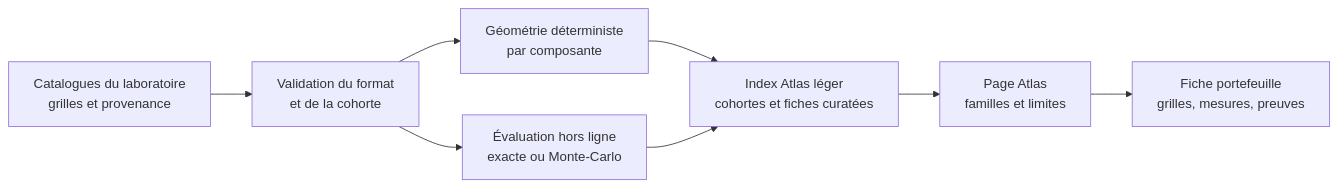
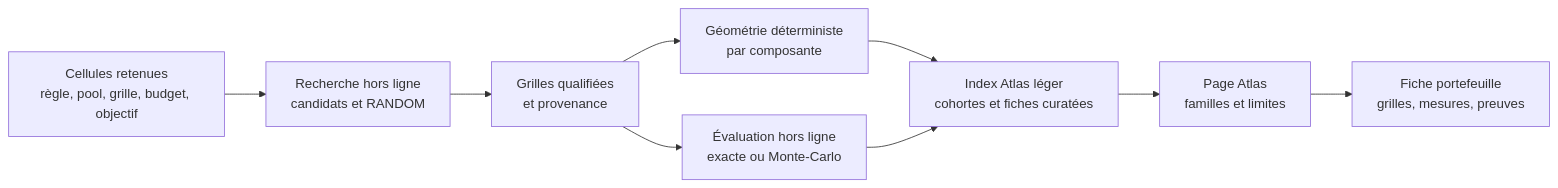
The diagram in docs/ATLAS-GEOMETRIES-ARCHITECTURE.md (christophecr-bit/aleaquant), drawn with Mermaid before and after one commit. The commit also changed other lines of this file and 5 other files, not shown here.

Commit message:
docs: precompute qualified portfolio designs by pool and budget

````diff
--- a/docs/ATLAS-GEOMETRIES-ARCHITECTURE.md
+++ b/docs/ATLAS-GEOMETRIES-ARCHITECTURE.md
@@ -119,10 +139,11 @@
 ```mermaid
 flowchart LR
-  A[Catalogues du laboratoire\ngrilles et provenance] --> B[Validation du format\net de la cohorte]
-  B --> C[Géométrie déterministe\npar composante]
-  B --> D[Évaluation hors ligne\nexacte ou Monte-Carlo]
-  C --> E[Index Atlas léger\ncohortes et fiches curatées]
-  D --> E
+  A[Cellules retenues\nrègle, pool, grille, budget, objectif] --> B[Recherche hors ligne\ncandidats et RANDOM]
+  B --> C[Grilles qualifiées\net provenance]
+  C --> D[Géométrie déterministe\npar composante]
+  C --> H[Évaluation hors ligne\nexacte ou Monte-Carlo]
+  D --> E[Index Atlas léger\ncohortes et fiches curatées]
+  H --> E
   E --> F[Page Atlas\nfamilles et limites]
   F --> G[Fiche portefeuille\ngrilles, mesures, preuves]
 ```
````
